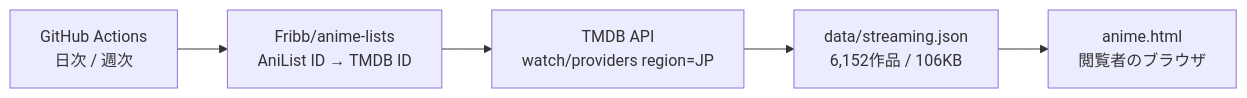
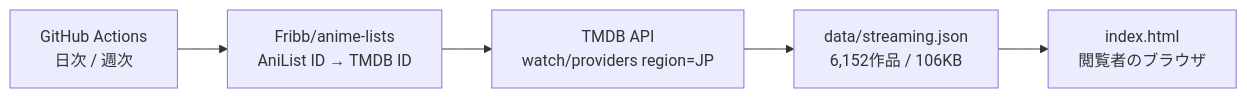
Before and after one commit to Naatlant/courdeck: the diagram in README.ja.md, drawn with Mermaid. The commit also changed other lines of this file and 3 other files, not shown here.

````diff
--- a/README.ja.md
+++ b/README.ja.md
@@ -47,7 +46,7 @@
 ```mermaid
 flowchart LR
     A[GitHub Actions<br/>日次 / 週次] --> B[Fribb/anime-lists<br/>AniList ID → TMDB ID]
     B --> C[TMDB API<br/>watch/providers region=JP]
     C --> D[data/streaming.json<br/>6,152作品 / 106KB]
-    D --> E[anime.html<br/>閲覧者のブラウザ]
+    D --> E[index.html<br/>閲覧者のブラウザ]
 ```
````
